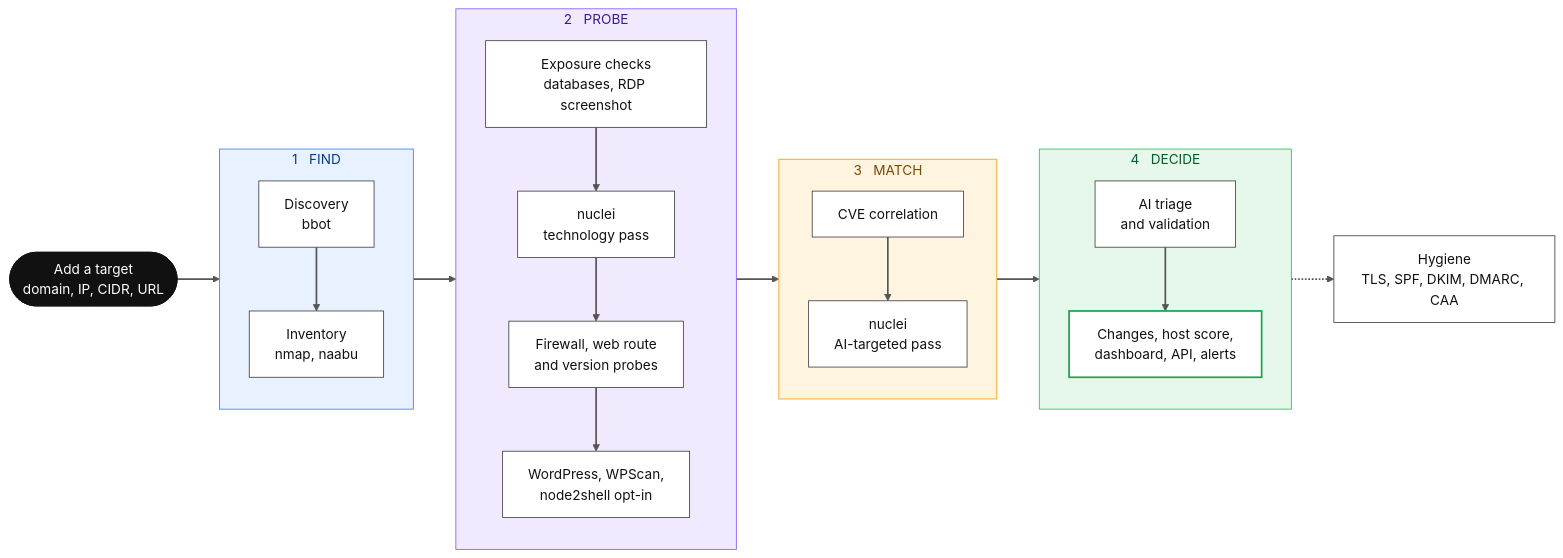
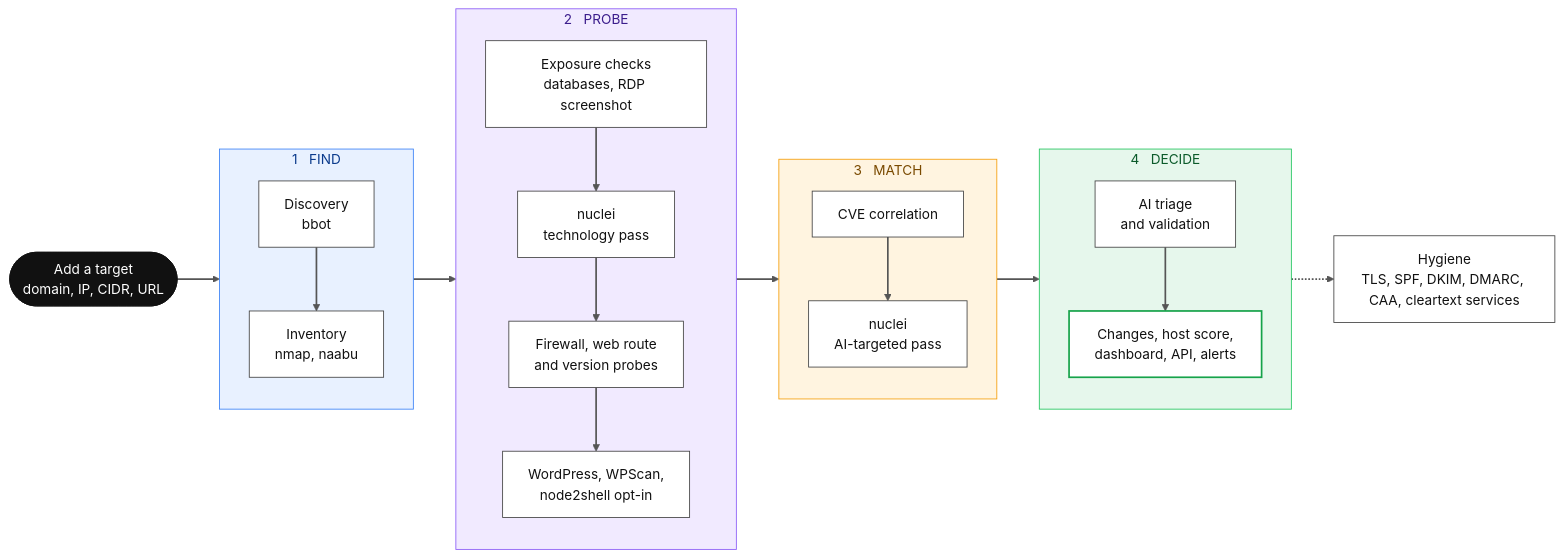
The diagram in data/readmes/hevnsnt__CVEngine.md (zqf20096327/ai_collect), drawn with Mermaid before and after one commit. The commit also changed other lines of this file and 2761 other files, not shown here.

````diff
--- a/data/readmes/hevnsnt__CVEngine.md
+++ b/data/readmes/hevnsnt__CVEngine.md
@@ -79,43 +79,43 @@
 ```mermaid
 flowchart LR
     T(["Add a target<br/>domain, IP, CIDR, URL"])
 
     subgraph FIND["1 &nbsp; FIND"]
         direction TB
         D["Discovery<br/>bbot"] --> I["Inventory<br/>nmap, naabu"]
     end
 
     subgraph PROBE["2 &nbsp; PROBE"]
         direction TB
         X["Exposure checks<br/>databases, RDP screenshot"] --> N1["nuclei<br/>technology pass"] --> R["Firewall, web route<br/>and version probes"] --> W["WordPress, WPScan,<br/>node2shell opt-in"]
     end
 
     subgraph MATCH["3 &nbsp; MATCH"]
         direction TB
         C["CVE correlation"] --> N2["nuclei<br/>AI-targeted pass"]
     end
 
     subgraph DECIDE["4 &nbsp; DECIDE"]
         direction TB
         A["AI triage<br/>and validation"] --> O["Changes, host score,<br/>dashboard, API, alerts"]
     end
 
-    H["Hygiene<br/>TLS, SPF, DKIM, DMARC, CAA"]
+    H["Hygiene<br/>TLS, SPF, DKIM, DMARC, CAA, cleartext services"]
 
     T --> FIND --> PROBE --> MATCH --> DECIDE
     DECIDE -.-> H
 
     style FIND fill:#e8f1ff,stroke:#3b82f6,color:#0b3b8c
     style PROBE fill:#f1eaff,stroke:#8b5cf6,color:#3b1d8c
     style MATCH fill:#fff4e0,stroke:#f59e0b,color:#7a4a00
     style DECIDE fill:#e6f7ec,stroke:#22c55e,color:#0b5a2a
     linkStyle default stroke:#555,stroke-width:2px
 
     classDef start fill:#111,stroke:#111,color:#fff
     classDef step fill:#fff,stroke:#444,color:#111
     classDef out fill:#fff,stroke:#16a34a,stroke-width:2px,color:#111
     class T start
     class D,I,X,N1,R,W,C,N2,A step
     class O out
     class H step
 ```
````
